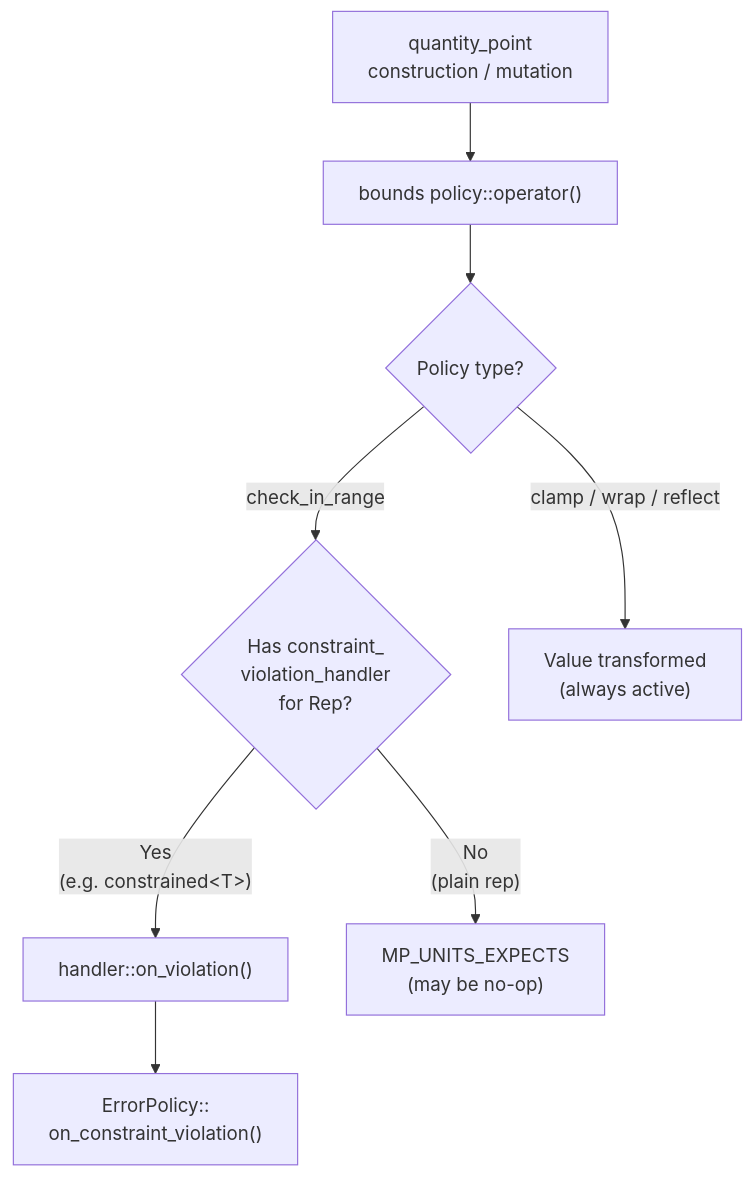
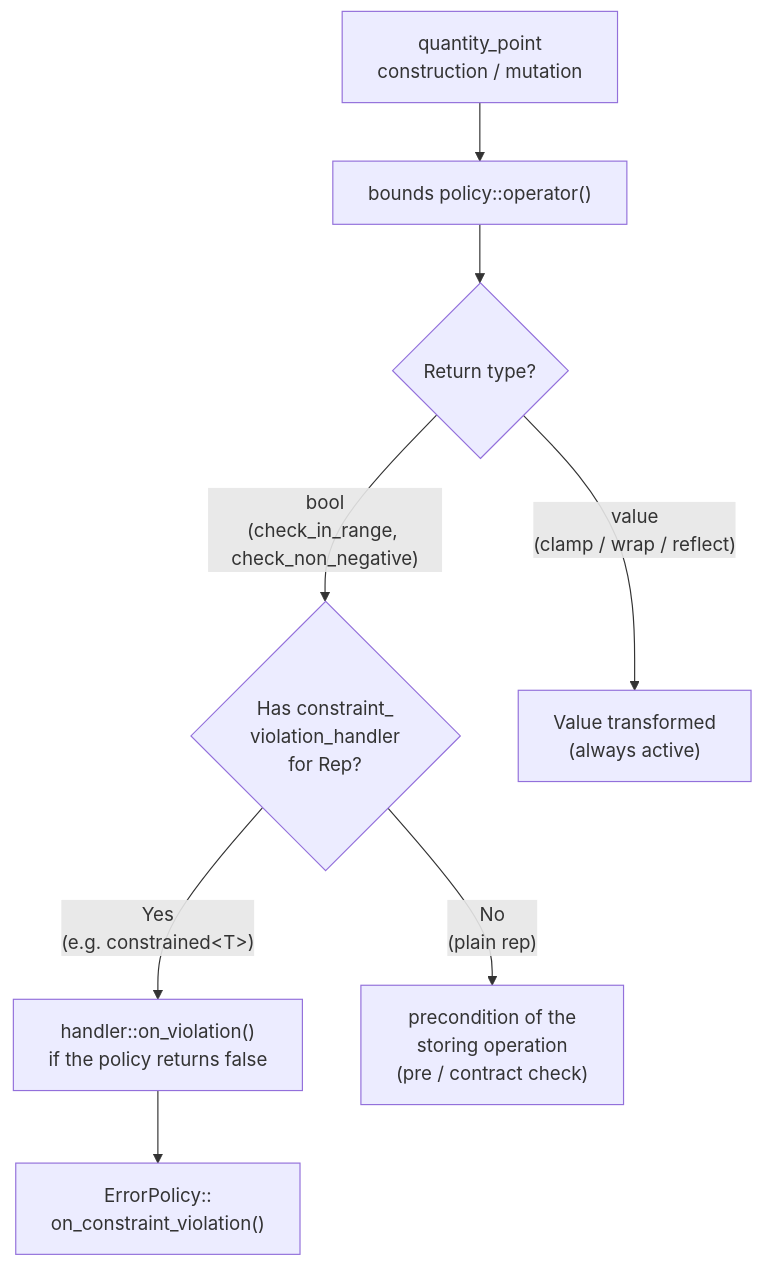
Before and after one commit to mpusz/mp-units: the diagram in docs/how_to_guides/advanced_usage/ultimate_safety.md, drawn with Mermaid. The commit also changed other lines of this file and 13 other files, not shown here.

````diff
--- a/docs/how_to_guides/advanced_usage/ultimate_safety.md
+++ b/docs/how_to_guides/advanced_usage/ultimate_safety.md
@@ -133,10 +158,10 @@
 ```mermaid
 flowchart TB
     A["quantity_point<br>construction / mutation"] --> B["bounds policy::operator()"]
-    B --> D{"Policy type?"}
-    D -- "check_in_range" --> E{"Has constraint_<br>violation_handler<br>for Rep?"}
-    E -- "Yes<br>(e.g. constrained&lt;T&gt;)" --> F["handler::on_violation()"]
-    E -- "No<br>(plain rep)" --> G["MP_UNITS_EXPECTS<br>(may be no-op)"]
+    B --> D{"Return type?"}
+    D -- "bool<br>(check_in_range, check_non_negative)" --> E{"Has constraint_<br>violation_handler<br>for Rep?"}
+    E -- "Yes<br>(e.g. constrained&lt;T&gt;)" --> F["handler::on_violation()<br>if the policy returns false"]
+    E -- "No<br>(plain rep)" --> G["precondition of the<br>storing operation<br>(pre / contract check)"]
     F --> H["ErrorPolicy::<br>on_constraint_violation()"]
-    D -- "clamp / wrap / reflect" --> I["Value transformed<br>(always active)"]
+    D -- "value<br>(clamp / wrap / reflect)" --> I["Value transformed<br>(always active)"]
 ```
````
